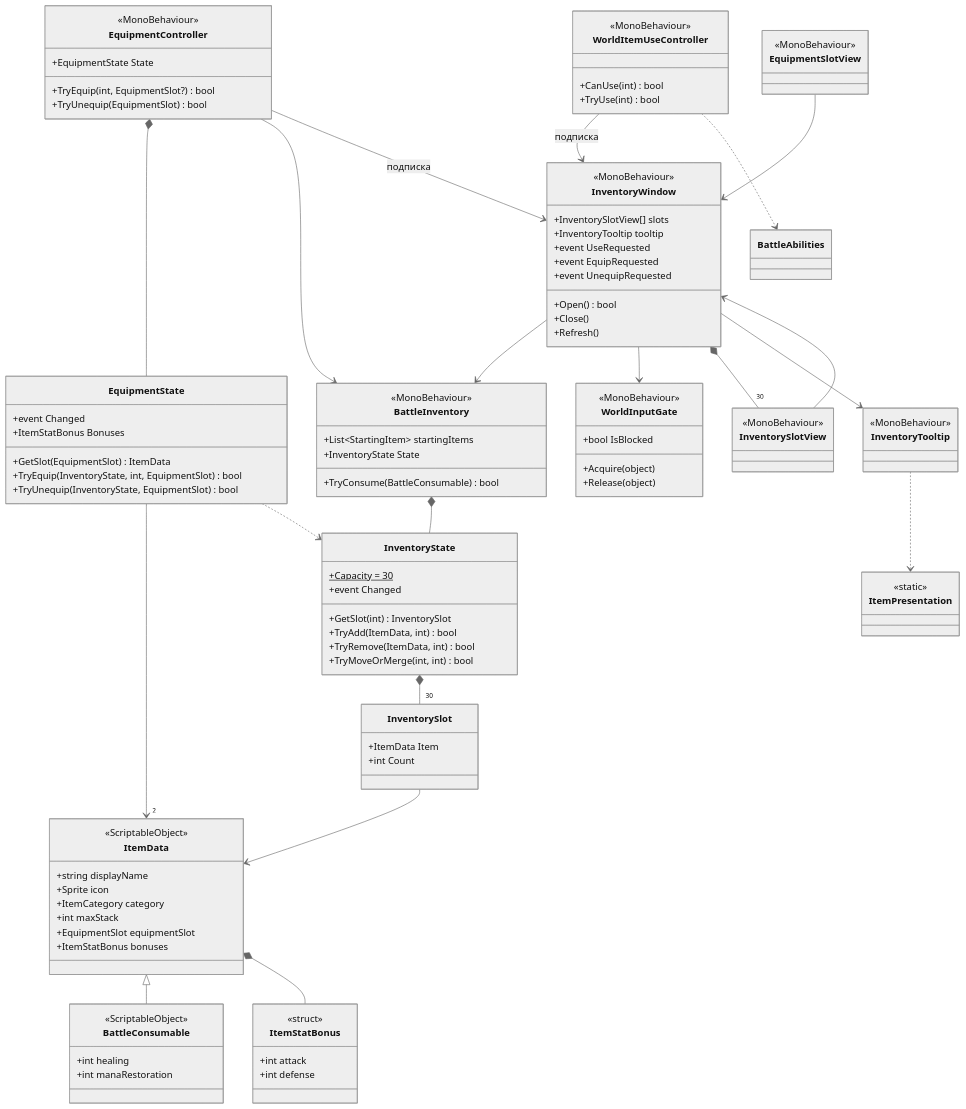
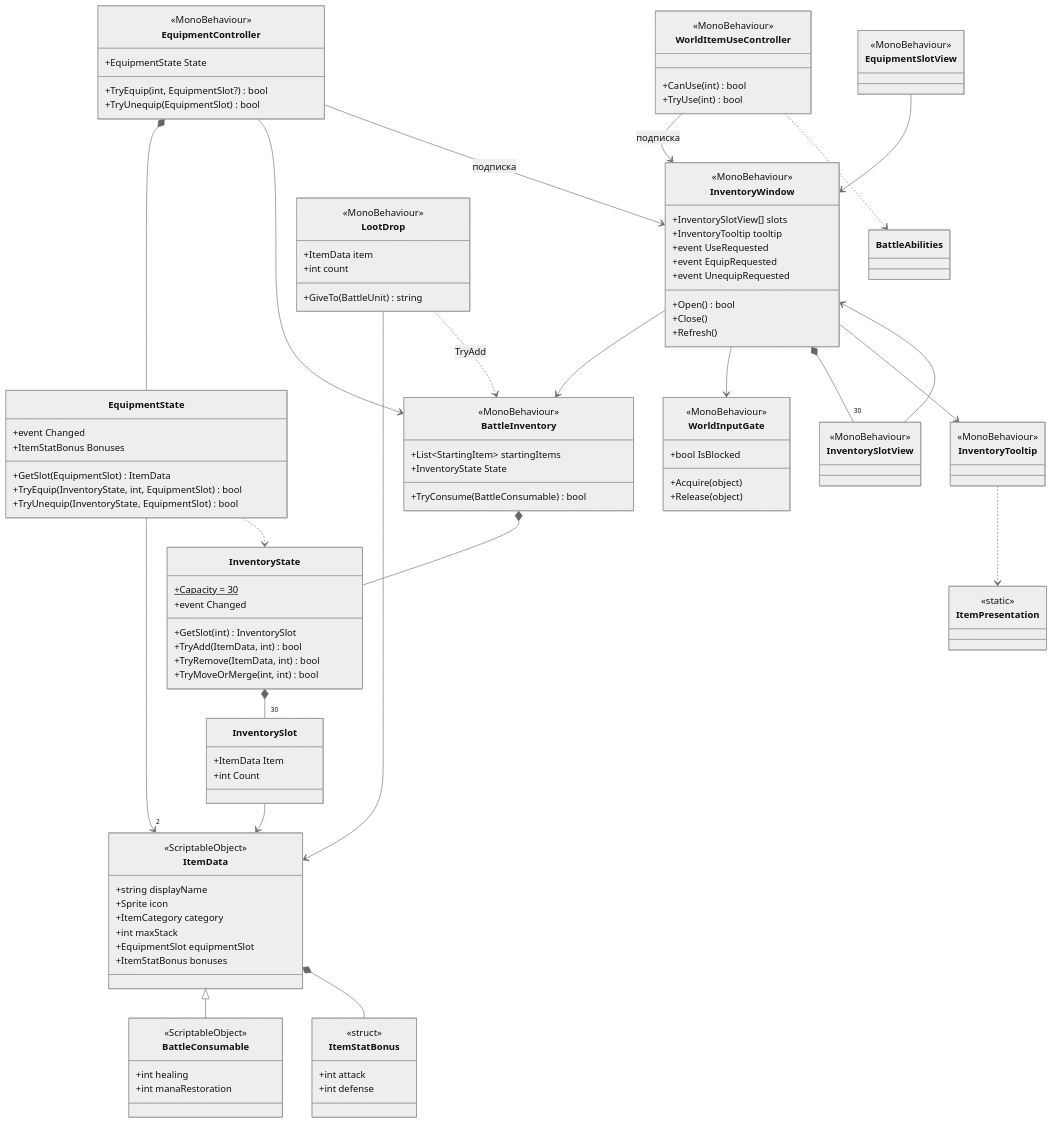
Before and after one commit to Sm1le621/FalseMemory: the third of 4 diagrams in Docs/03-class-diagram.md, drawn with Mermaid (neutral theme). The commit also changed other lines of this file and 19 other files, not shown here.

First line of the commit message:
feat: add pause menu, Excalibur boss loot and battle SFX

```diff
--- a/Docs/03-class-diagram.md
+++ b/Docs/03-class-diagram.md
@@ -323,6 +326,15 @@
 WorldItemUseController --> InventoryWindow : подписка
 WorldItemUseController ..> BattleAbilities
 
+class LootDrop {
+  <<MonoBehaviour>>
+  +ItemData item
+  +int count
+  +GiveTo(BattleUnit) string
+}
+LootDrop --> ItemData
+LootDrop ..> BattleInventory : TryAdd
+
 class InventorySlotView
 <<MonoBehaviour>> InventorySlotView
 class EquipmentSlotView
```
